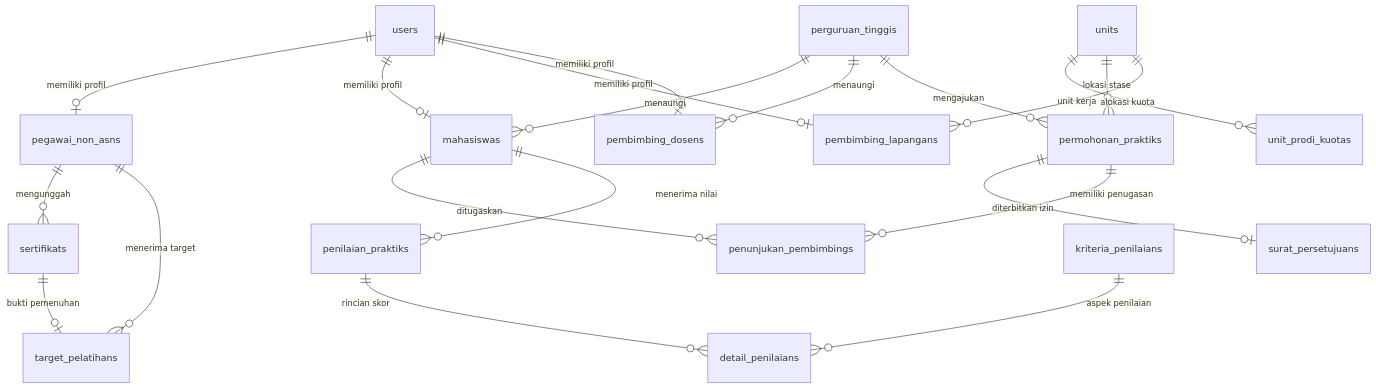
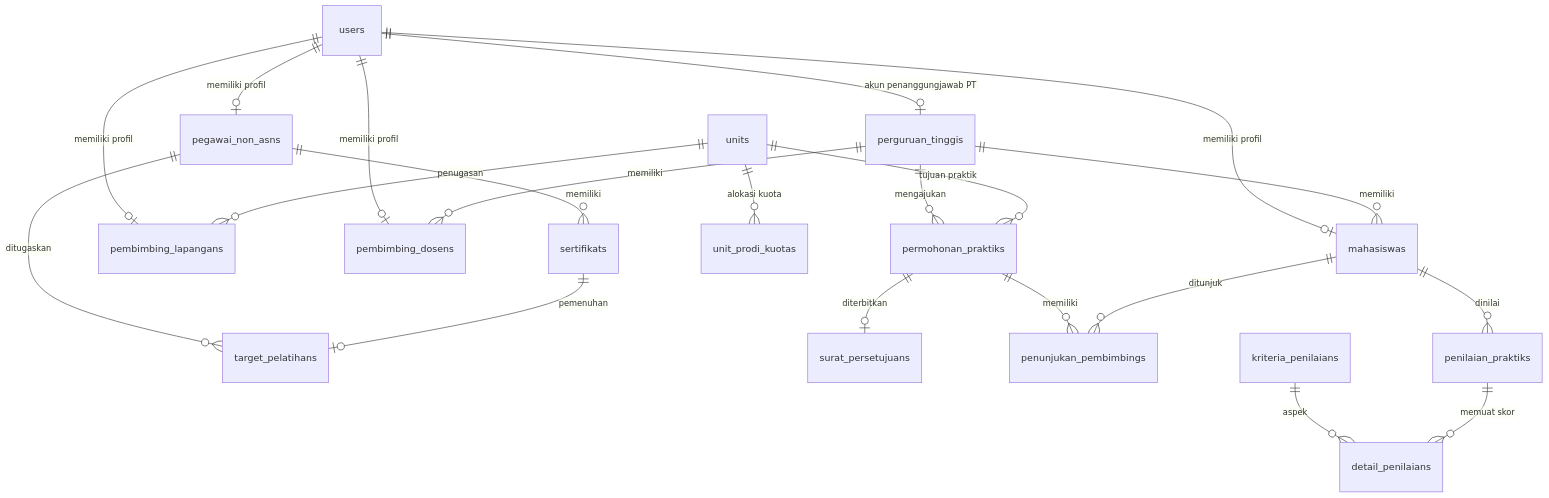
Before and after one commit to izzoel/MANDALA: the diagram in PANDUAN_PENGGUNAAN_DAN_STRUKTUR_MANDALA.md, drawn with Mermaid. The commit also changed other lines of this file and 8 other files, not shown here.

````diff
--- a/PANDUAN_PENGGUNAAN_DAN_STRUKTUR_MANDALA.md
+++ b/PANDUAN_PENGGUNAAN_DAN_STRUKTUR_MANDALA.md
@@ -95,27 +114,28 @@
 ```mermaid
 erDiagram
     users ||--o| pegawai_non_asns : "memiliki profil"
     users ||--o| mahasiswas : "memiliki profil"
     users ||--o| pembimbing_lapangans : "memiliki profil"
     users ||--o| pembimbing_dosens : "memiliki profil"
+    users ||--o| perguruan_tinggis : "akun penanggungjawab PT"
 
-    perguruan_tinggis ||--o{ mahasiswas : "menaungi"
-    perguruan_tinggis ||--o{ pembimbing_dosens : "menaungi"
+    perguruan_tinggis ||--o{ mahasiswas : "memiliki"
+    perguruan_tinggis ||--o{ pembimbing_dosens : "memiliki"
     perguruan_tinggis ||--o{ permohonan_praktiks : "mengajukan"
 
     units ||--o{ unit_prodi_kuotas : "alokasi kuota"
-    units ||--o{ permohonan_praktiks : "lokasi stase"
-    units ||--o{ pembimbing_lapangans : "unit kerja"
+    units ||--o{ permohonan_praktiks : "tujuan praktik"
+    units ||--o{ pembimbing_lapangans : "penugasan"
 
-    pegawai_non_asns ||--o{ sertifikats : "mengunggah"
-    pegawai_non_asns ||--o{ target_pelatihans : "menerima target"
-    sertifikats ||--o| target_pelatihans : "bukti pemenuhan"
+    pegawai_non_asns ||--o{ sertifikats : "memiliki"
+    pegawai_non_asns ||--o{ target_pelatihans : "ditugaskan"
+    sertifikats ||--o| target_pelatihans : "pemenuhan"
 
-    permohonan_praktiks ||--o| surat_persetujuans : "diterbitkan izin"
-    permohonan_praktiks ||--o{ penunjukan_pembimbings : "memiliki penugasan"
-    mahasiswas ||--o{ penunjukan_pembimbings : "ditugaskan"
+    permohonan_praktiks ||--o| surat_persetujuans : "diterbitkan"
+    permohonan_praktiks ||--o{ penunjukan_pembimbings : "memiliki"
+    mahasiswas ||--o{ penunjukan_pembimbings : "ditunjuk"
 
-    mahasiswas ||--o{ penilaian_praktiks : "menerima nilai"
-    kriteria_penilaians ||--o{ detail_penilaians : "aspek penilaian"
-    penilaian_praktiks ||--o{ detail_penilaians : "rincian skor"
+    mahasiswas ||--o{ penilaian_praktiks : "dinilai"
+    kriteria_penilaians ||--o{ detail_penilaians : "aspek"
+    penilaian_praktiks ||--o{ detail_penilaians : "memuat skor"
 ```
````
